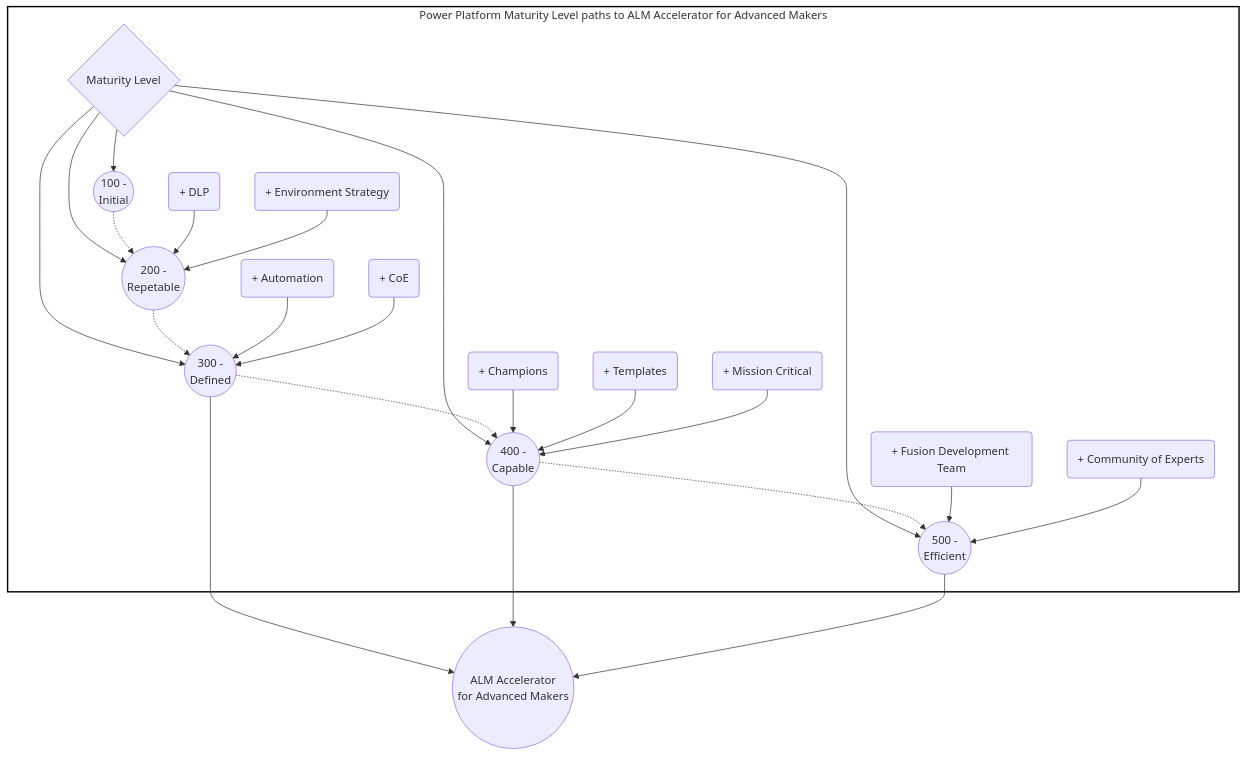
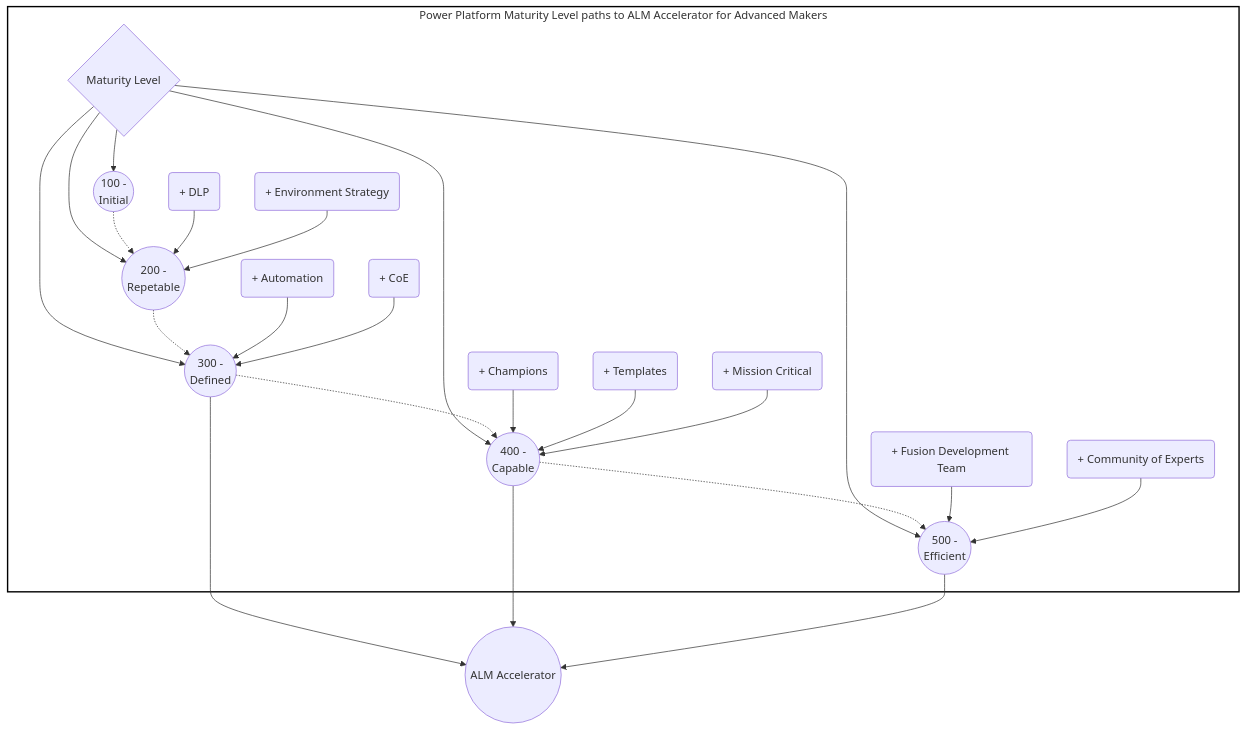
Before and after one commit to microsoft/coe-starter-kit: the diagram in coe-cli/docs/alm/maturity/maturity.mmd, drawn with Mermaid. The commit also changed 62 other files, not shown here.

```diff
--- a/coe-cli/docs/alm/maturity/maturity.mmd
+++ b/coe-cli/docs/alm/maturity/maturity.mmd
@@ -1,36 +1,36 @@
 graph
 
     subgraph maturity[Power Platform Maturity Level paths to ALM Accelerator for Advanced Makers]
         M{Maturity Level}
         M --> 100((100 - <br/>Initial))
         M ---> 200((200 - <br/>Repetable))
         M ---> 300((300 - <br/>Defined))
         M ---> 400((400 - <br/>Capable))
         M ---> 500((500 - <br/>Efficient))
 
         100 -.-> 200
         200 -.-> 300
         300 -.-> 400
         400 -.-> 500
 
         DLP(+ DLP) --> 200
         Environment(+ Environment Strategy) --> 200 
 
         Automation(+ Automation) --> 300 
         CoE(+ CoE) --> 300
 
         Champions(+ Champions) --> 400 
         Templates(+ Templates) --> 400 
         MissionCritical(+ Mission Critical) --> 400
 
         Team(+ Fusion Development Team) --> 500
         Experts(+ Community of Experts) --> 500
     end
 
     style maturity fill:transparent,stroke:black,stroke-width:2px
 
-    AA4AM((ALM Accelerator <br/>for Advanced Makers))
+    ALM((ALM Accelerator))
 
-    300 --> AA4AM
-    400 --> AA4AM
-    500 --> AA4AM
+    300 --> ALM
+    400 --> ALM
+    500 --> ALM
```
